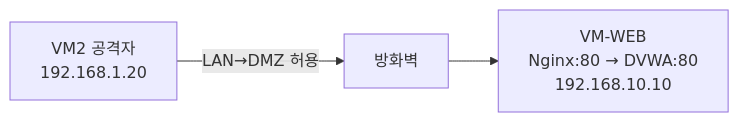
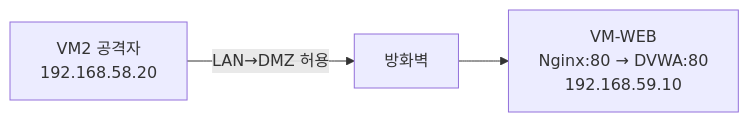
Before and after one commit to sbaek100/sbaek100.github.io: the diagram in _posts/1.응용강의/aiwebsec/2026-06-12-aiwebsec-30-siem-web-attack.md, drawn with Mermaid. The commit also changed other lines of this file and 518 other files, not shown here.

````diff
--- a/_posts/1.응용강의/aiwebsec/2026-06-12-aiwebsec-30-siem-web-attack.md
+++ b/_posts/1.응용강의/aiwebsec/2026-06-12-aiwebsec-30-siem-web-attack.md
@@ -29,5 +29,5 @@
 ```mermaid
 graph LR
-    VM2["VM2 공격자<br/>192.168.1.20"] -->|"LAN→DMZ 허용"| FW["방화벽"]
-    FW --> WEB["VM-WEB<br/>Nginx:80 → DVWA:80<br/>192.168.10.10"]
+    VM2["VM2 공격자<br/>192.168.58.20"] -->|"LAN→DMZ 허용"| FW["방화벽"]
+    FW --> WEB["VM-WEB<br/>Nginx:80 → DVWA:80<br/>192.168.59.10"]
 ```
````
